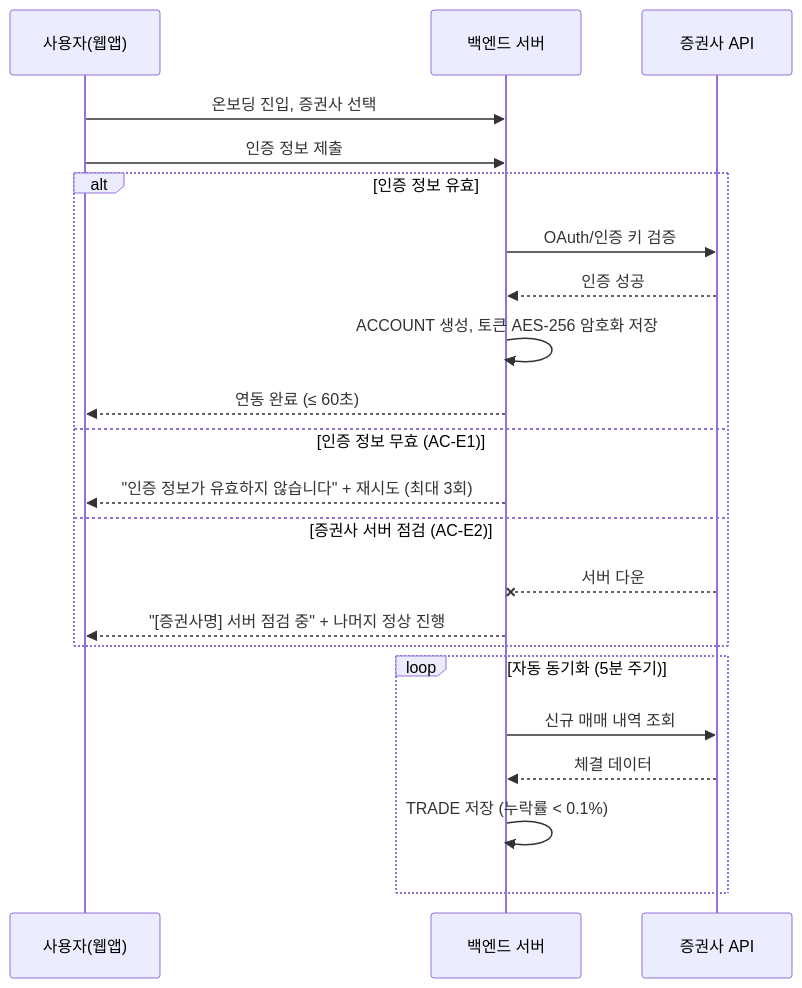
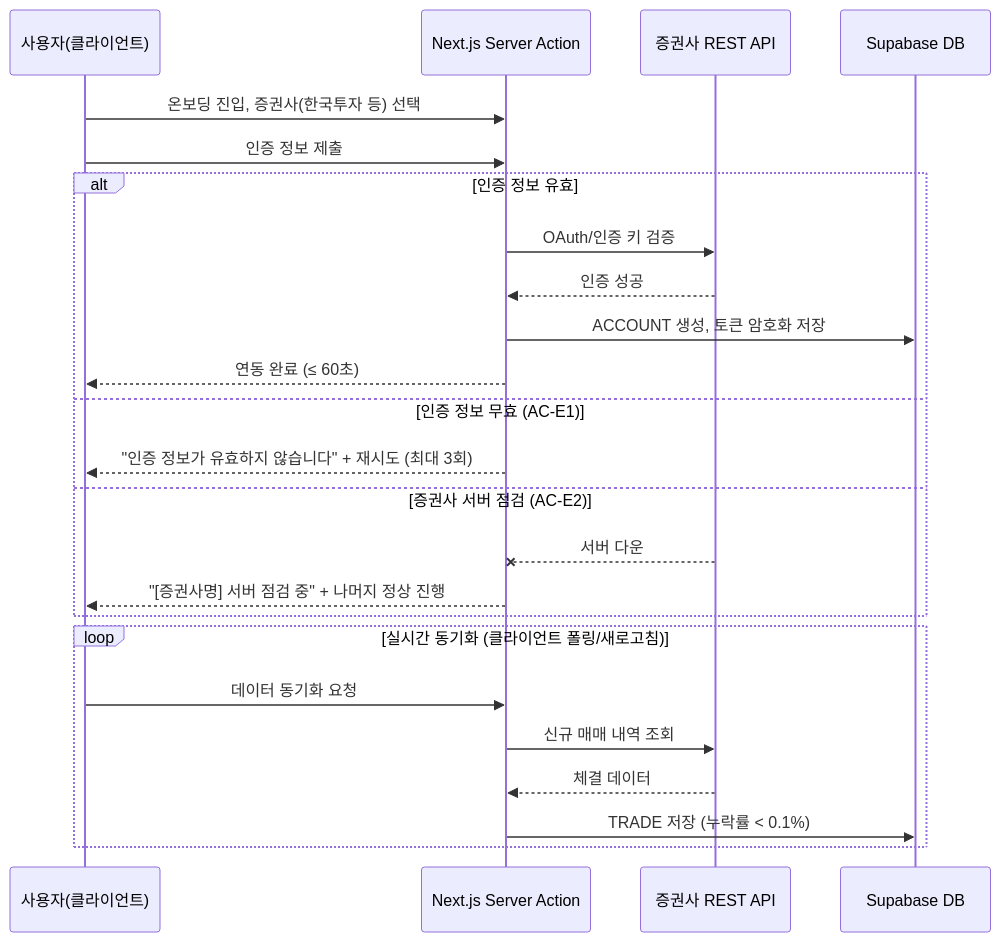
One commit to innovate5945/SRS-from-PRD-Youtuber changed the fifth of 10 diagrams in SRS-Drafts/SRS_v0_1_Opus.md. Above: the diagram before and after it, drawn with Mermaid. The commit also changed other lines of this file and 5 other files, not shown here.

````diff
--- a/SRS-Drafts/SRS_v0_1_Opus.md
+++ b/SRS-Drafts/SRS_v0_1_Opus.md
@@ -332,27 +309,29 @@
 ```mermaid
 sequenceDiagram
-    participant U as 사용자(웹앱)
-    participant S as 백엔드 서버
-    participant B as 증권사 API
+    participant U as 사용자(클라이언트)
+    participant S as Next.js Server Action
+    participant B as 증권사 REST API
+    participant DB as Supabase DB
 
-    U->>S: 온보딩 진입, 증권사 선택
+    U->>S: 온보딩 진입, 증권사(한국투자 등) 선택
     U->>S: 인증 정보 제출
 
     alt 인증 정보 유효
         S->>B: OAuth/인증 키 검증
         B-->>S: 인증 성공
-        S->>S: ACCOUNT 생성, 토큰 AES-256 암호화 저장
+        S->>DB: ACCOUNT 생성, 토큰 암호화 저장
         S-->>U: 연동 완료 (≤ 60초)
     else 인증 정보 무효 (AC-E1)
         S-->>U: "인증 정보가 유효하지 않습니다" + 재시도 (최대 3회)
     else 증권사 서버 점검 (AC-E2)
         B--xS: 서버 다운
         S-->>U: "[증권사명] 서버 점검 중" + 나머지 정상 진행
     end
 
-    loop 자동 동기화 (5분 주기)
+    loop 실시간 동기화 (클라이언트 폴링/새로고침)
+        U->>S: 데이터 동기화 요청
         S->>B: 신규 매매 내역 조회
         B-->>S: 체결 데이터
-        S->>S: TRADE 저장 (누락률 < 0.1%)
+        S->>DB: TRADE 저장 (누락률 < 0.1%)
     end
 ```
````
